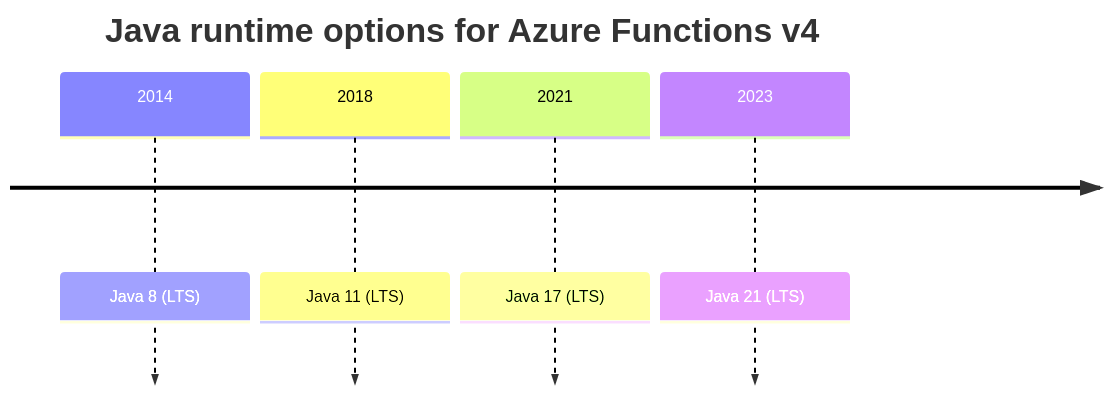
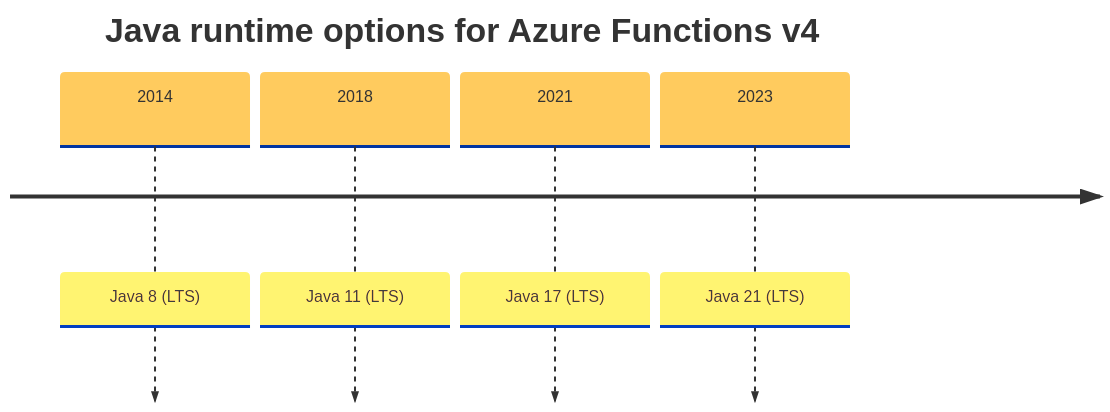
Before and after one commit to yeongseon/azure-functions-practical-guide: the first of 2 diagrams in docs/language-guides/java/java-runtime.md, drawn with Mermaid. The commit also changed other lines of this file and 2 other files, not shown here.

First line of the commit message:
docs(diagrams): migrate Functions java runtime — annotation programming model and java runtime (#411)

````diff
--- a/docs/language-guides/java/java-runtime.md
+++ b/docs/language-guides/java/java-runtime.md
@@ -32,8 +32,11 @@
 ```mermaid
+%%{init: {"timeline":{"padding":8,"disableMulticolor":true},"theme":"base","fontSize":32,"themeVariables":{"fontSize":"16px"},"themeCSS":".timeline-node text{font-size:32px;fill:#14202e;} .timeline-node .node-bkg{fill:#e2e8f0;} .eventWrapper{filter:none;} text:not([dy]){font-size:32px;text-anchor:middle;fill:var(--md-default-fg-color);} .lineWrapper line{stroke:var(--md-default-fg-color);}"}}%%
 timeline
+    accTitle: Four Java LTS generations used by Azure Functions
+    accDescr: The timeline pairs 2014 with Java 8 LTS, 2018 with Java 11 LTS, 2021 with Java 17 LTS, and 2023 with Java 21 LTS. It depicts four Java generations, not a complete current support list or the dates Azure Functions adopted them.
     title Java runtime options for Azure Functions v4
     2014 : Java 8 (LTS)
     2018 : Java 11 (LTS)
     2021 : Java 17 (LTS)
     2023 : Java 21 (LTS)
 ```
````
